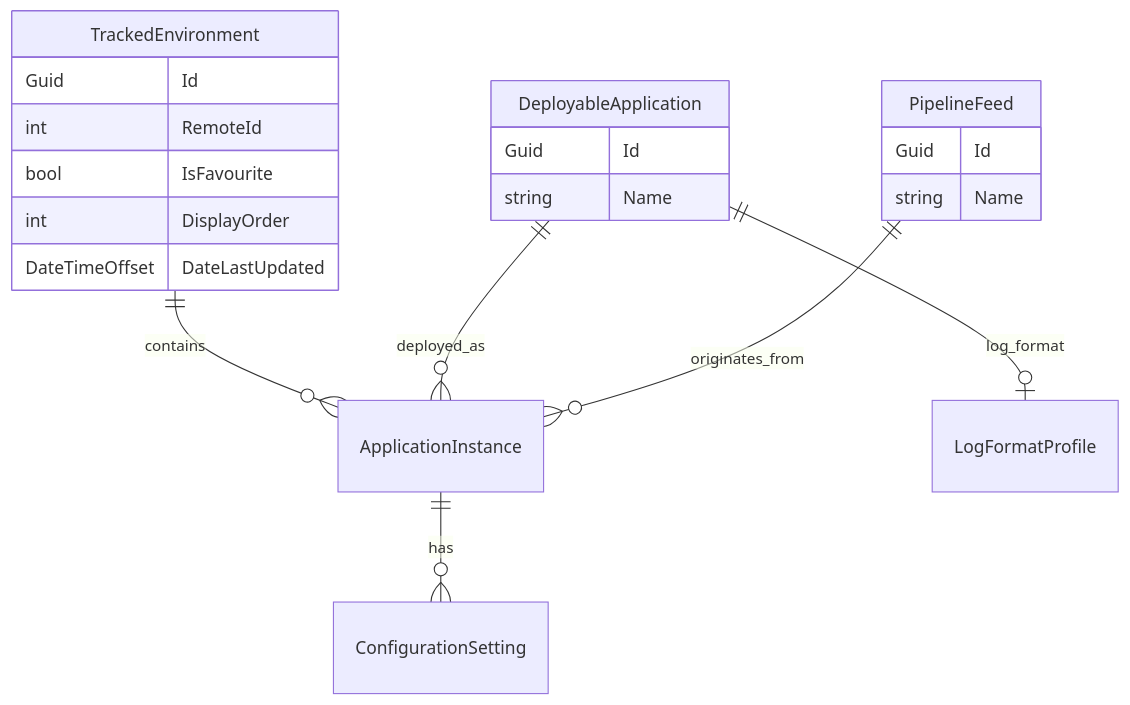
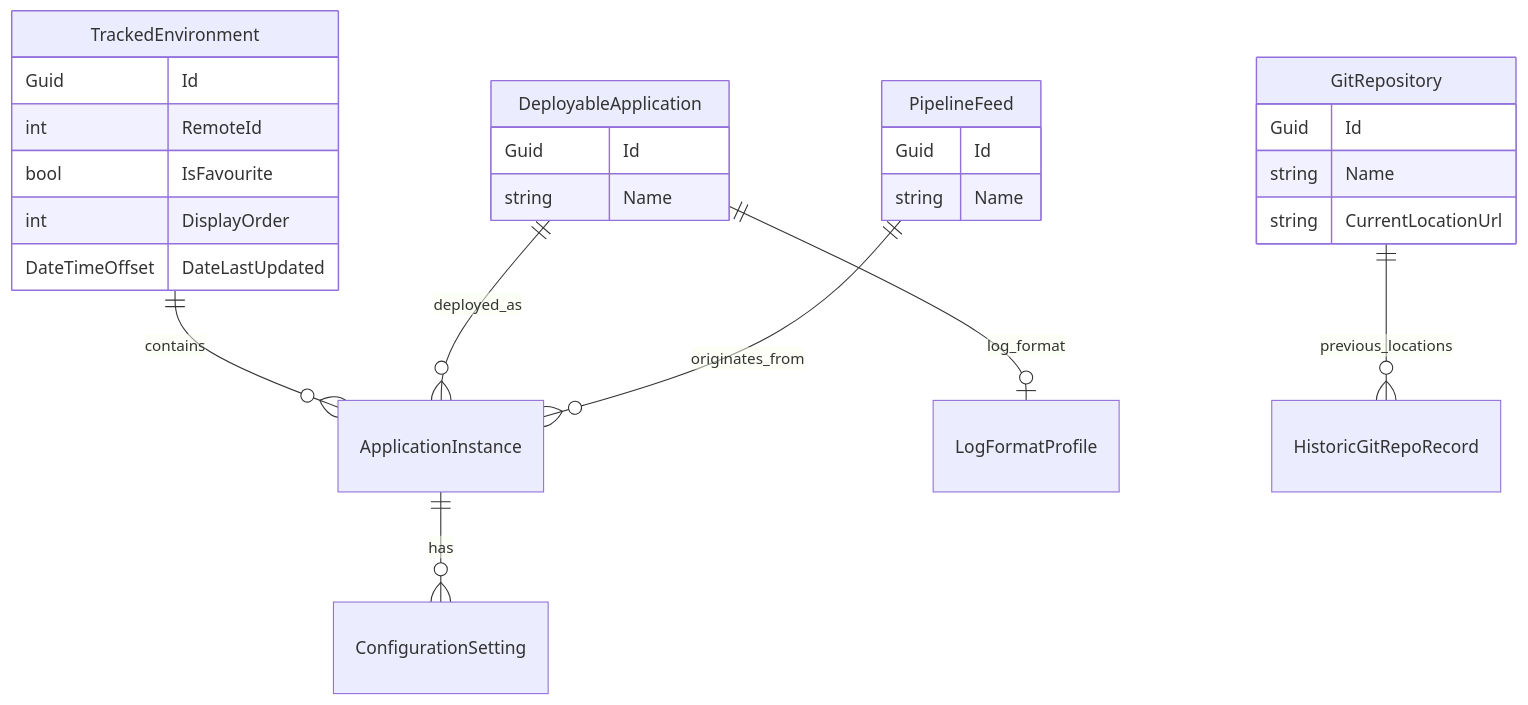
One commit to e-manual-goldstein/digital-services-dev-dash changed the diagram in docs/backlog.md. Above: the diagram before and after it, drawn with Mermaid. The commit also changed other lines of this file and 20 other files, not shown here.

````diff
--- a/docs/backlog.md
+++ b/docs/backlog.md
@@ -77,23 +78,29 @@
 ```mermaid
 erDiagram
     TrackedEnvironment ||--o{ ApplicationInstance : contains
     DeployableApplication ||--o{ ApplicationInstance : deployed_as
     PipelineFeed ||--o{ ApplicationInstance : originates_from
     DeployableApplication ||--o| LogFormatProfile : log_format
     ApplicationInstance ||--o{ ConfigurationSetting : has
+    GitRepository ||--o{ HistoricGitRepoRecord : previous_locations
     TrackedEnvironment {
         Guid Id
         int RemoteId
         bool IsFavourite
         int DisplayOrder
         DateTimeOffset DateLastUpdated
     }
     PipelineFeed {
         Guid Id
         string Name
     }
     DeployableApplication {
         Guid Id
         string Name
     }
+    GitRepository {
+        Guid Id
+        string Name
+        string CurrentLocationUrl
+    }
 ```
````
